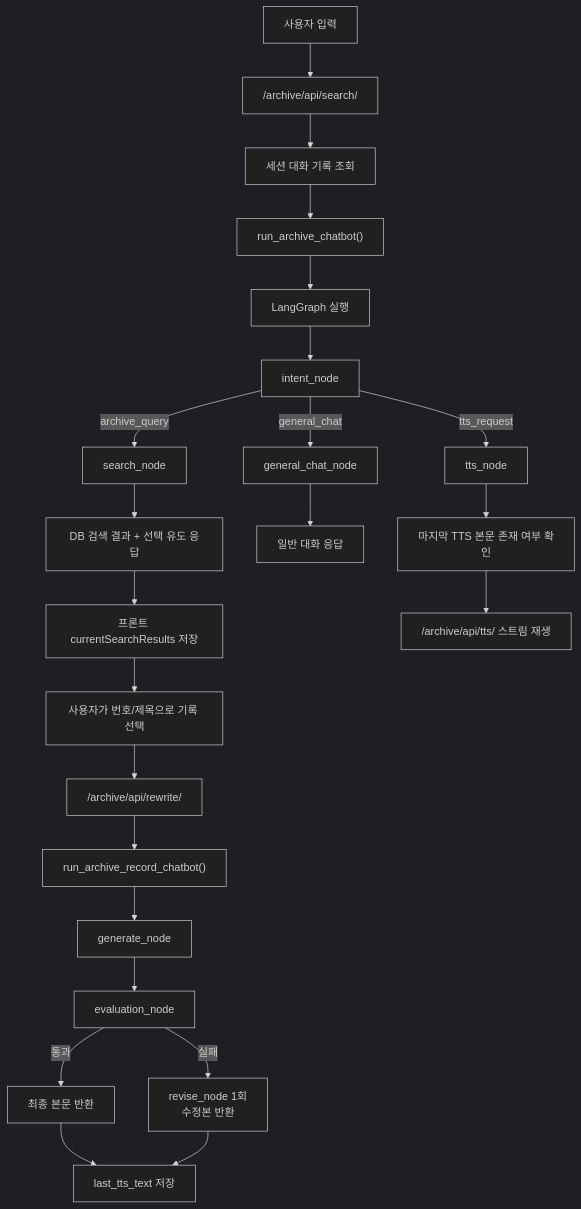
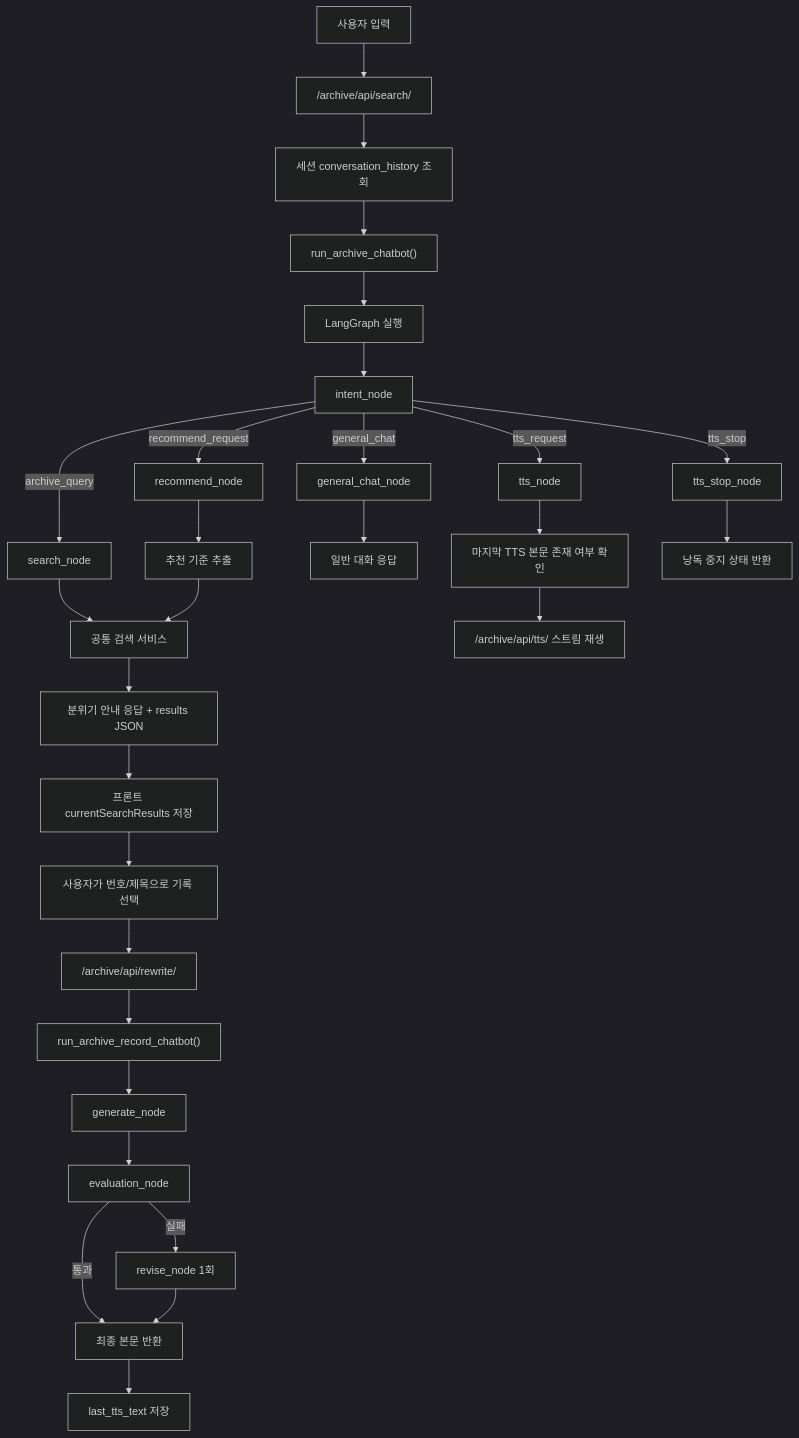
The second of 2 diagrams in docs/archive.md (SKNETWORKS-FAMILY-AICAMP/SKN27-4th-1team), drawn with Mermaid (dark theme) before and after one commit. The commit also changed other lines of this file and 7 other files, not shown here.

````diff
--- a/docs/archive.md
+++ b/docs/archive.md
@@ -77,29 +79,35 @@
 ```mermaid
 flowchart TD
     A["사용자 입력"] --> B["/archive/api/search/"]
-    B --> C["세션 대화 기록 조회"]
+    B --> C["세션 conversation_history 조회"]
     C --> D["run_archive_chatbot()"]
     D --> E["LangGraph 실행"]
     E --> F["intent_node"]
 
     F -->|archive_query| G["search_node"]
-    F -->|general_chat| H["general_chat_node"]
-    F -->|tts_request| I["tts_node"]
+    F -->|recommend_request| H["recommend_node"]
+    F -->|general_chat| I["general_chat_node"]
+    F -->|tts_request| J["tts_node"]
+    F -->|tts_stop| K["tts_stop_node"]
 
-    G --> J["DB 검색 결과 + 선택 유도 응답"]
-    H --> K["일반 대화 응답"]
-    I --> L["마지막 TTS 본문 존재 여부 확인"]
+    G --> L["공통 검색 서비스"]
+    H --> H1["추천 기준 추출"]
+    H1 --> L
+    L --> M["분위기 안내 응답 + results JSON"]
+    I --> N["일반 대화 응답"]
+    J --> O["마지막 TTS 본문 존재 여부 확인"]
+    K --> P["낭독 중지 상태 반환"]
 
-    J --> M["프론트 currentSearchResults 저장"]
-    M --> N["사용자가 번호/제목으로 기록 선택"]
-    N --> O["/archive/api/rewrite/"]
-    O --> P["run_archive_record_chatbot()"]
-    P --> Q["generate_node"]
-    Q --> R["evaluation_node"]
-    R -->|통과| S["최종 본문 반환"]
-    R -->|실패| T["revise_node 1회<br/>수정본 반환"]
-    S --> V["last_tts_text 저장"]
-    T --> V
+    M --> Q["프론트 currentSearchResults 저장"]
+    Q --> R["사용자가 번호/제목으로 기록 선택"]
+    R --> S["/archive/api/rewrite/"]
+    S --> T["run_archive_record_chatbot()"]
+    T --> U["generate_node"]
+    U --> V["evaluation_node"]
+    V -->|통과| W["최종 본문 반환"]
+    V -->|실패| X["revise_node 1회"]
+    X --> W
+    W --> Y["last_tts_text 저장"]
 
-    L --> W["/archive/api/tts/ 스트림 재생"]
+    O --> Z["/archive/api/tts/ 스트림 재생"]
 ```
````
